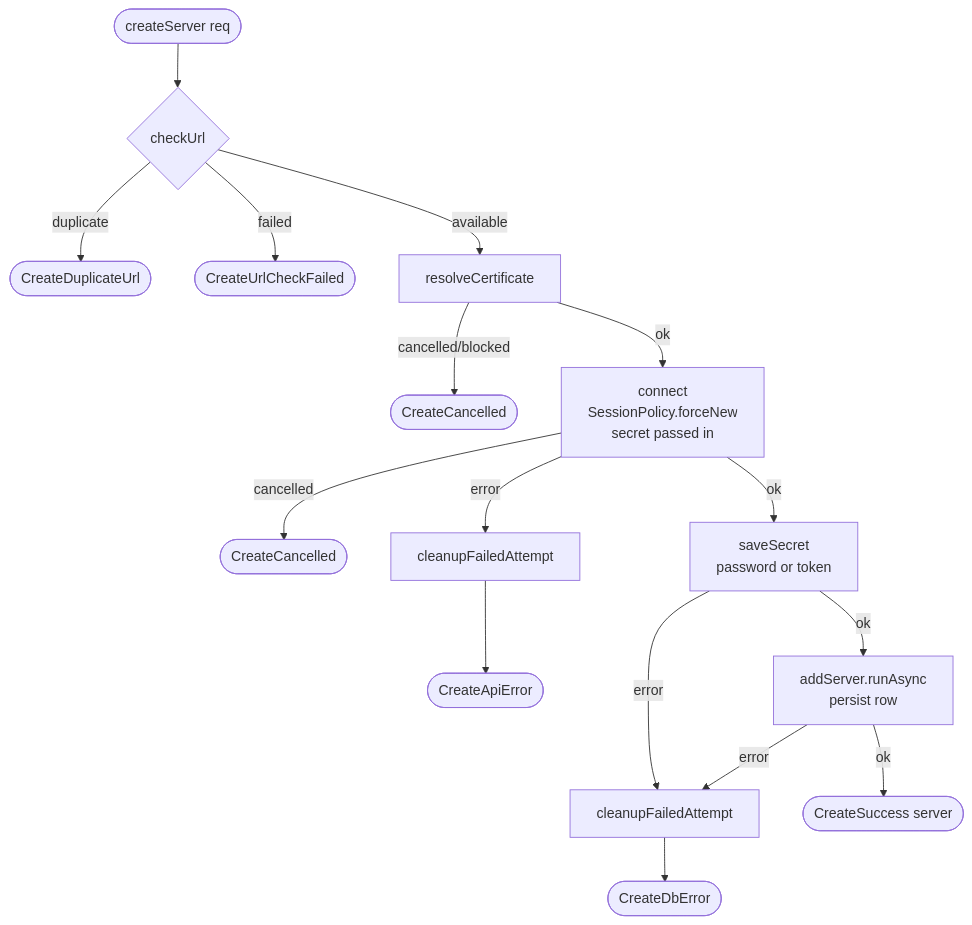
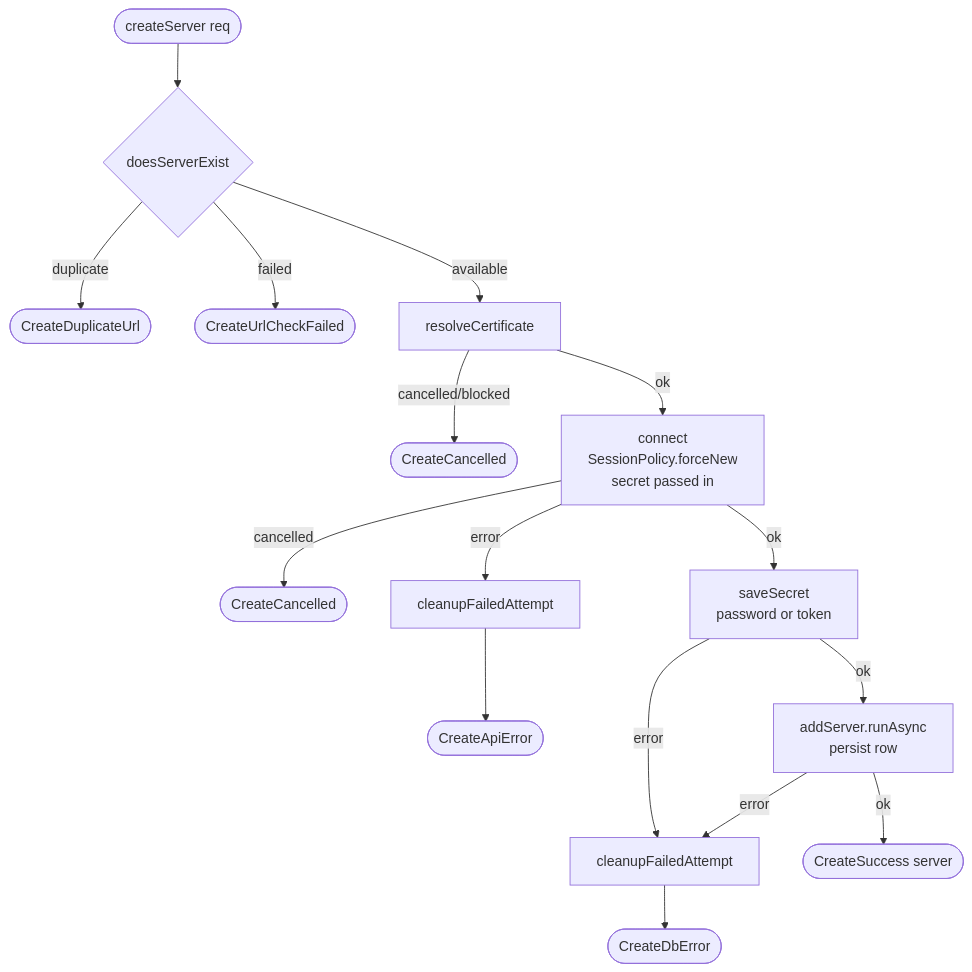
One commit to tsutsu3/pi-hole-client changed the second of 8 diagrams in docs/server-connection-flow.md. Above: the diagram before and after it, drawn with Mermaid. The commit also changed other lines of this file and 11 other files, not shown here.

Commit message:
refactor(servers): check URLs and store secrets through ServerRepository

````diff
--- a/docs/server-connection-flow.md
+++ b/docs/server-connection-flow.md
@@ -71,16 +72,16 @@
 ```mermaid
 flowchart TD
-  A([createServer req]) --> B{checkUrl}
+  A([createServer req]) --> B{doesServerExist}
   B -- duplicate --> BD([CreateDuplicateUrl])
   B -- failed --> BF([CreateUrlCheckFailed])
   B -- available --> D[resolveCertificate]
   D -- cancelled/blocked --> DX([CreateCancelled])
   D -- ok --> C[connect<br/>SessionPolicy.forceNew<br/>secret passed in]
   C -- cancelled --> CX([CreateCancelled])
   C -- error --> CE[cleanupFailedAttempt] --> CA([CreateApiError])
   C -- ok --> S[saveSecret<br/>password or token]
   S -- error --> F[cleanupFailedAttempt] --> DB([CreateDbError])
   S -- ok --> M[addServer.runAsync<br/>persist row]
   M -- error --> F
   M -- ok --> J([CreateSuccess server])
 ```
````
